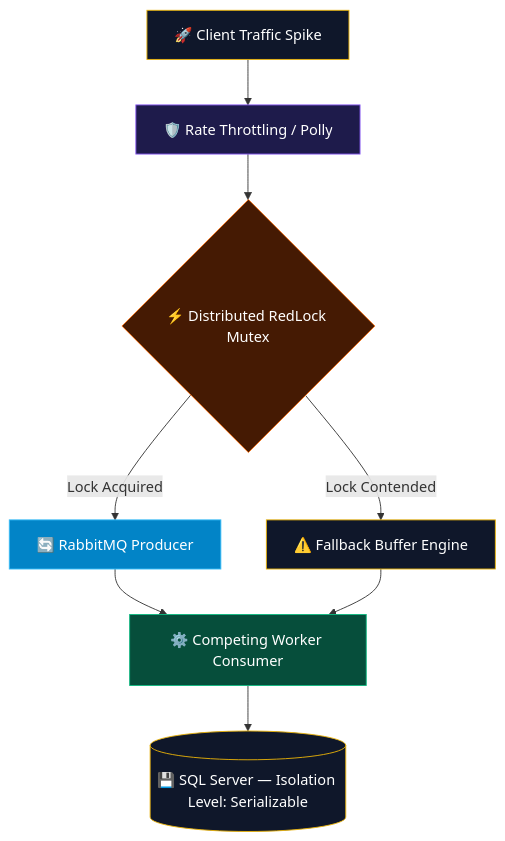
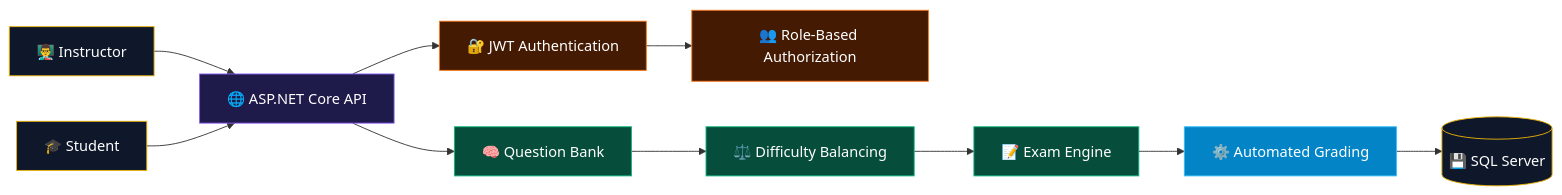
Before and after one commit to Nour7Tohamy/Nour7Tohamy: the first of 3 diagrams in README.md, drawn with Mermaid. The commit also changed other lines of this file, not shown here.

````diff
--- a/README.md
+++ b/README.md
@@ -147,18 +299,27 @@
 ```mermaid
-graph TD
-    A[🚀 Client Traffic Spike] --> B[🛡️ Rate Throttling / Polly]
-    B --> C{⚡ Distributed RedLock Mutex}
-    C -->|Lock Acquired| D[🔄 RabbitMQ Producer]
-    C -->|Lock Contended| E[⚠️ Fallback Buffer Engine]
-    D --> F[⚙️ Competing Worker Consumer]
-    E --> F
-    F --> G[(💾 SQL Server — Isolation Level: Serializable)]
+graph LR
+
+    A[👨‍🏫 Instructor] --> B[🌐 ASP.NET Core API]
+    C[🎓 Student] --> B
+
+    B --> D[🔐 JWT Authentication]
+    D --> E[👥 Role-Based Authorization]
+
+    B --> F[🧠 Question Bank]
+    F --> G[⚖️ Difficulty Balancing]
+    G --> H[📝 Exam Engine]
+
+    H --> I[⚙️ Automated Grading]
+    I --> J[(💾 SQL Server)]
 
     style A fill:#0f172a,stroke:#eab308,color:#fff
+    style C fill:#0f172a,stroke:#eab308,color:#fff
     style B fill:#1e1b4b,stroke:#8b5cf6,color:#fff
-    style C fill:#451a03,stroke:#f97316,color:#fff
-    style D fill:#0284c7,stroke:#38bdf8,color:#fff
-    style E fill:#0f172a,stroke:#eab308,color:#fff
+    style D fill:#451a03,stroke:#f97316,color:#fff
+    style E fill:#451a03,stroke:#f97316,color:#fff
     style F fill:#064e3b,stroke:#10b981,color:#fff
-    style G fill:#0f172a,stroke:#eab308,color:#fff
+    style G fill:#064e3b,stroke:#10b981,color:#fff
+    style H fill:#064e3b,stroke:#10b981,color:#fff
+    style I fill:#0284c7,stroke:#38bdf8,color:#fff
+    style J fill:#0f172a,stroke:#eab308,color:#fff
 ```
````
